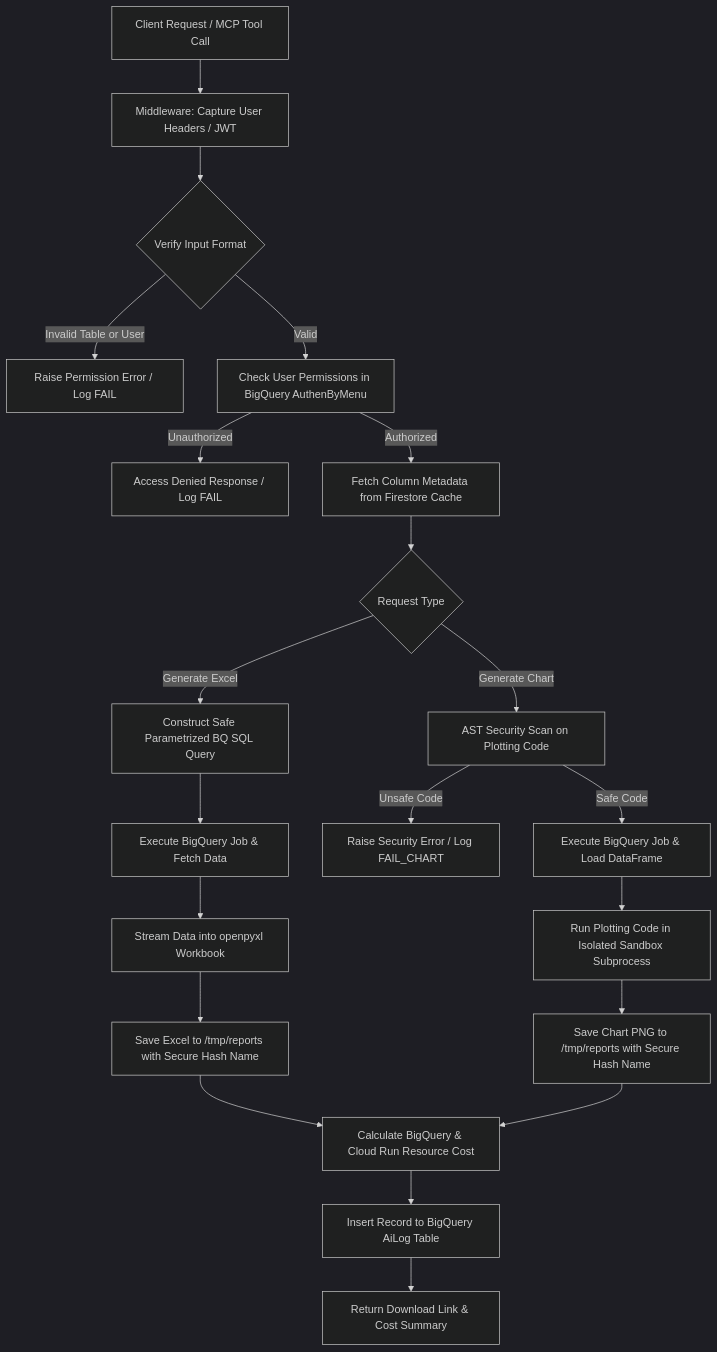
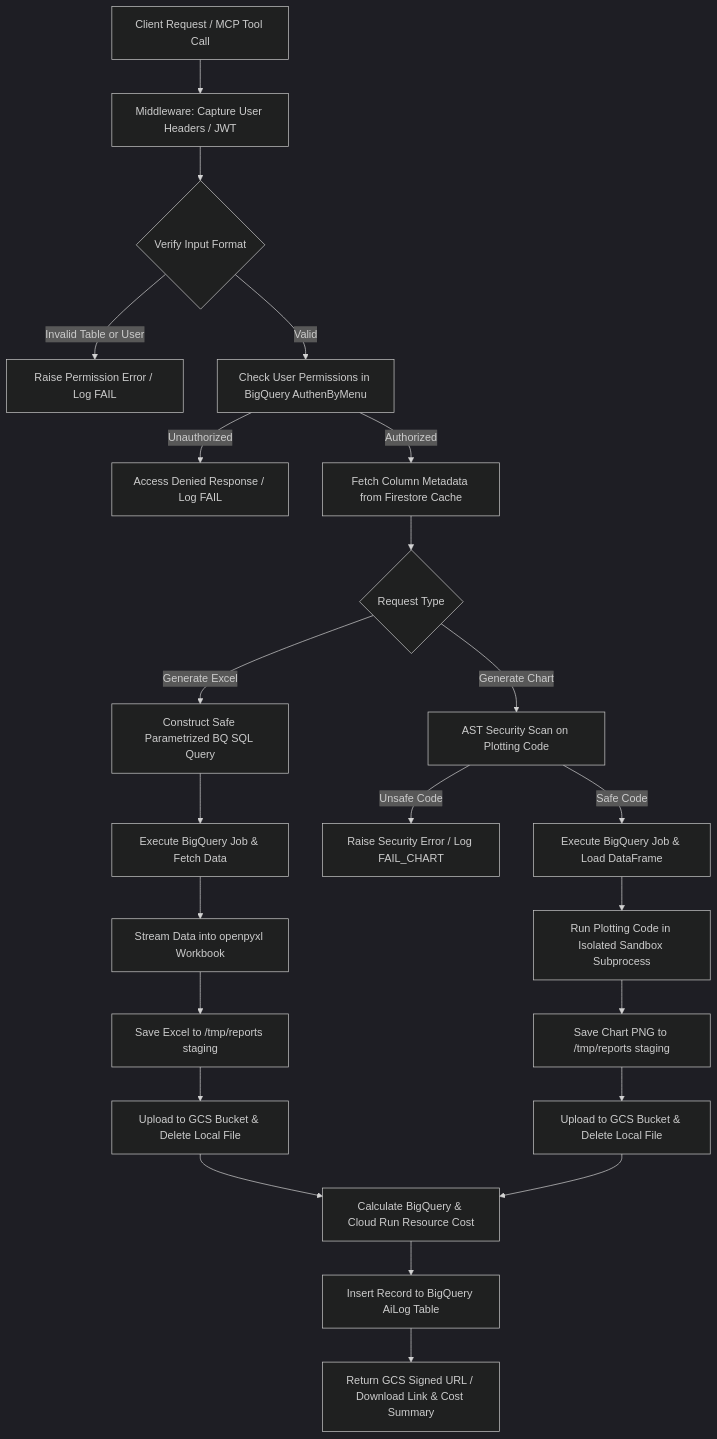
Before and after one commit to itscasset/SCReport: the diagram in README.md, drawn with Mermaid (dark theme). The commit also changed other lines of this file and 6 other files, not shown here.

````diff
--- a/README.md
+++ b/README.md
@@ -28,28 +29,30 @@
 ```mermaid
 graph TD
     A[Client Request / MCP Tool Call] --> B[Middleware: Capture User Headers / JWT]
     B --> C{Verify Input Format}
     C -- Invalid Table or User --> D[Raise Permission Error / Log FAIL]
     C -- Valid --> E[Check User Permissions in BigQuery AuthenByMenu]
     E -- Unauthorized --> F[Access Denied Response / Log FAIL]
     E -- Authorized --> G[Fetch Column Metadata from Firestore Cache]
     G --> H{Request Type}
     
     %% Excel Generation Path
     H -- Generate Excel --> I[Construct Safe Parametrized BQ SQL Query]
     I --> J[Execute BigQuery Job & Fetch Data]
     J --> K[Stream Data into openpyxl Workbook]
-    K --> L[Save Excel to /tmp/reports with Secure Hash Name]
+    K --> L[Save Excel to /tmp/reports staging]
+    L --> L2[Upload to GCS Bucket & Delete Local File]
     
     %% Chart Generation Path
     H -- Generate Chart --> M[AST Security Scan on Plotting Code]
     M -- Unsafe Code --> N[Raise Security Error / Log FAIL_CHART]
     M -- Safe Code --> O[Execute BigQuery Job & Load DataFrame]
     O --> P[Run Plotting Code in Isolated Sandbox Subprocess]
-    P --> Q[Save Chart PNG to /tmp/reports with Secure Hash Name]
+    P --> Q[Save Chart PNG to /tmp/reports staging]
+    Q --> Q2[Upload to GCS Bucket & Delete Local File]
     
-    L --> R[Calculate BigQuery & Cloud Run Resource Cost]
-    Q --> R
+    L2 --> R[Calculate BigQuery & Cloud Run Resource Cost]
+    Q2 --> R
     R --> S[Insert Record to BigQuery AiLog Table]
-    S --> T[Return Download Link & Cost Summary]
+    S --> T[Return GCS Signed URL / Download Link & Cost Summary]
 ```
````
